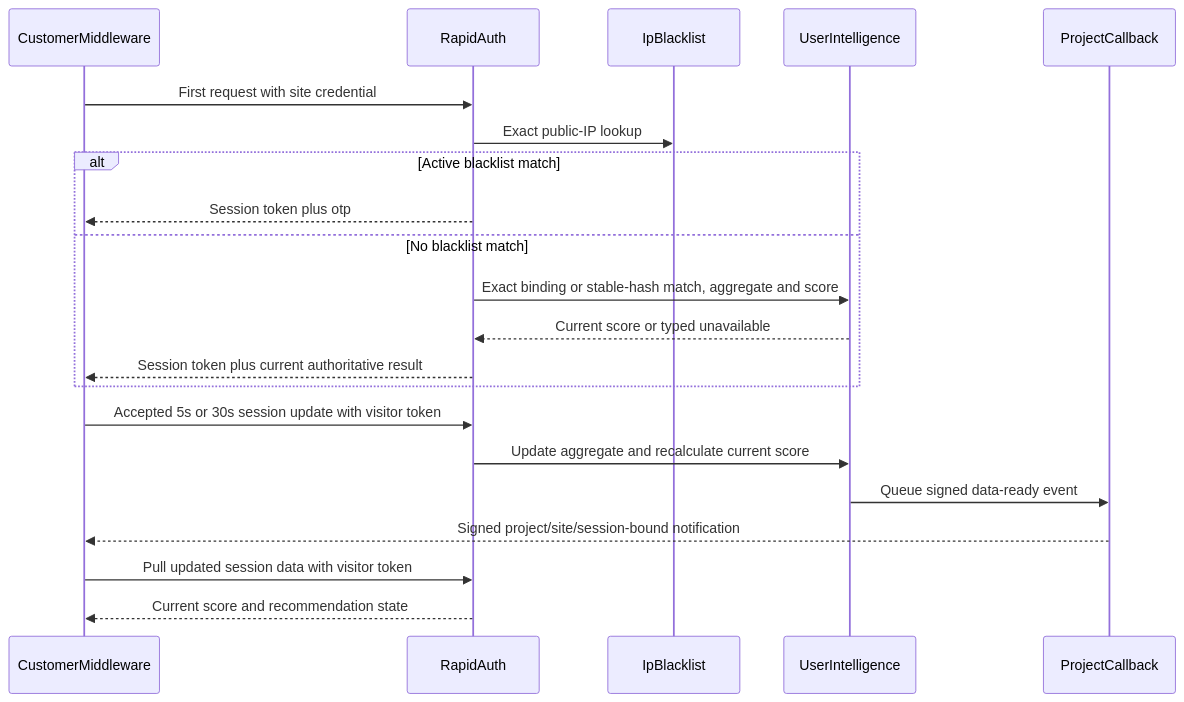
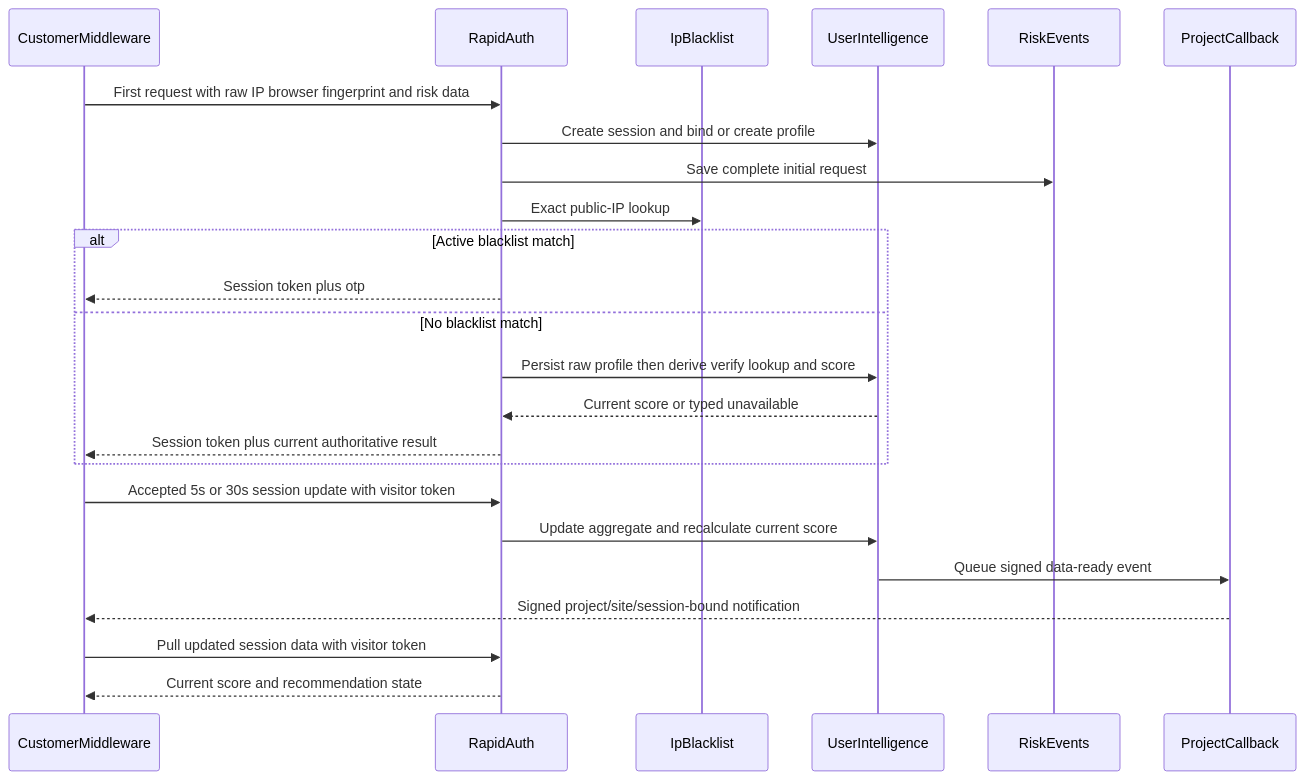
The diagram in docs/POWEROTP_BOTBLOCKER_PHASE17_PROPRIETARY_SCORING_PLAN.md (Ericsipad/POWEROTP), drawn with Mermaid before and after one commit. The commit also changed other lines of this file and 13 other files, not shown here.

````diff
--- a/docs/POWEROTP_BOTBLOCKER_PHASE17_PROPRIETARY_SCORING_PLAN.md
+++ b/docs/POWEROTP_BOTBLOCKER_PHASE17_PROPRIETARY_SCORING_PLAN.md
@@ -184,24 +204,27 @@
 ```mermaid
 sequenceDiagram
     participant MW as CustomerMiddleware
     participant RA as RapidAuth
     participant BL as IpBlacklist
     participant UI as UserIntelligence
+    participant RE as RiskEvents
     participant CB as ProjectCallback
 
-    MW->>RA: First request with site credential
+    MW->>RA: First request with raw IP browser fingerprint and risk data
+    RA->>UI: Create session and bind or create profile
+    RA->>RE: Save complete initial request
     RA->>BL: Exact public-IP lookup
     alt Active blacklist match
         RA-->>MW: Session token plus otp
     else No blacklist match
-        RA->>UI: Exact binding or stable-hash match, aggregate and score
+        RA->>UI: Persist raw profile then derive verify lookup and score
         UI-->>RA: Current score or typed unavailable
         RA-->>MW: Session token plus current authoritative result
     end
     MW->>RA: Accepted 5s or 30s session update with visitor token
     RA->>UI: Update aggregate and recalculate current score
     UI->>CB: Queue signed data-ready event
     CB-->>MW: Signed project/site/session-bound notification
     MW->>RA: Pull updated session data with visitor token
     RA-->>MW: Current score and recommendation state
 ```
````
